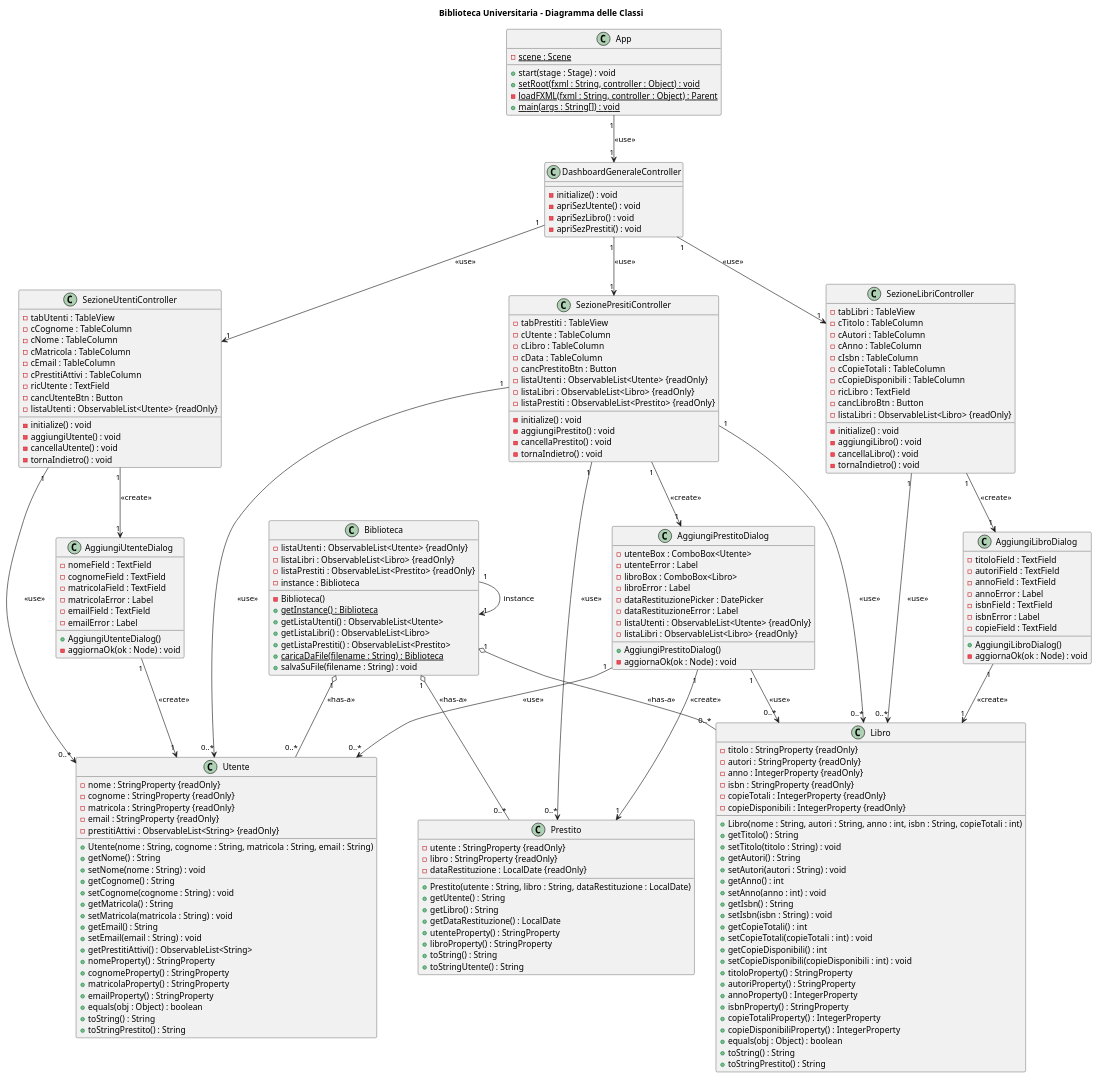
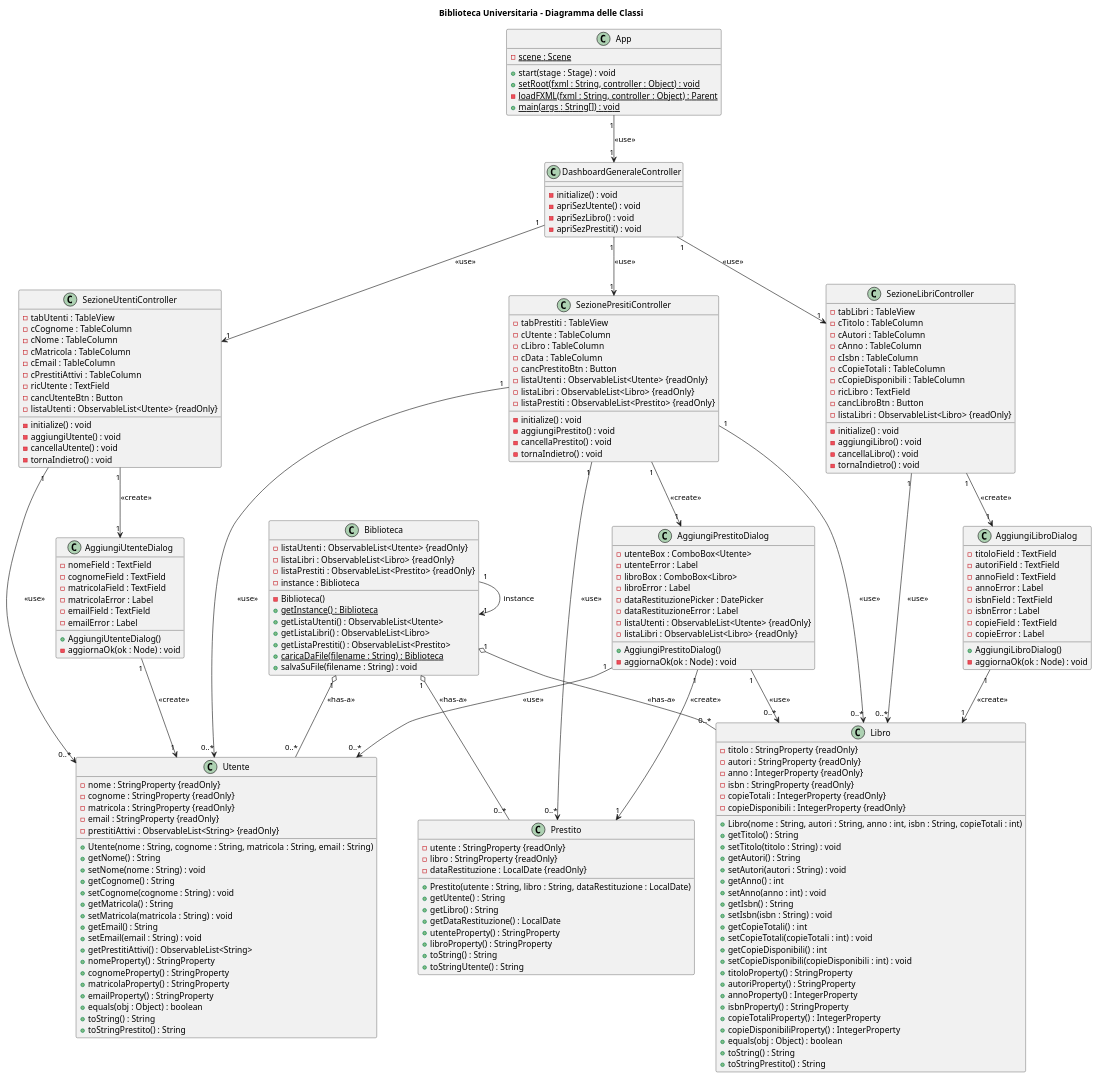
Before and after one commit to AngeloMastandrea04/SoftEng2025_G19: the diagram in Diagramma delle Classi/PlantUML/Diagramma delle Classi.puml, drawn with PlantUML. The commit also changed 4 other files, not shown here.

```diff
--- a/Diagramma delle Classi/PlantUML/Diagramma delle Classi.puml
+++ b/Diagramma delle Classi/PlantUML/Diagramma delle Classi.puml
@@ -169,6 +169,7 @@
     - isbnField : TextField
     - isbnError : Label
     - copieField : TextField
+    - copieError : Label
     + AggiungiLibroDialog()
     - aggiornaOk(ok : Node) : void
 }
```
